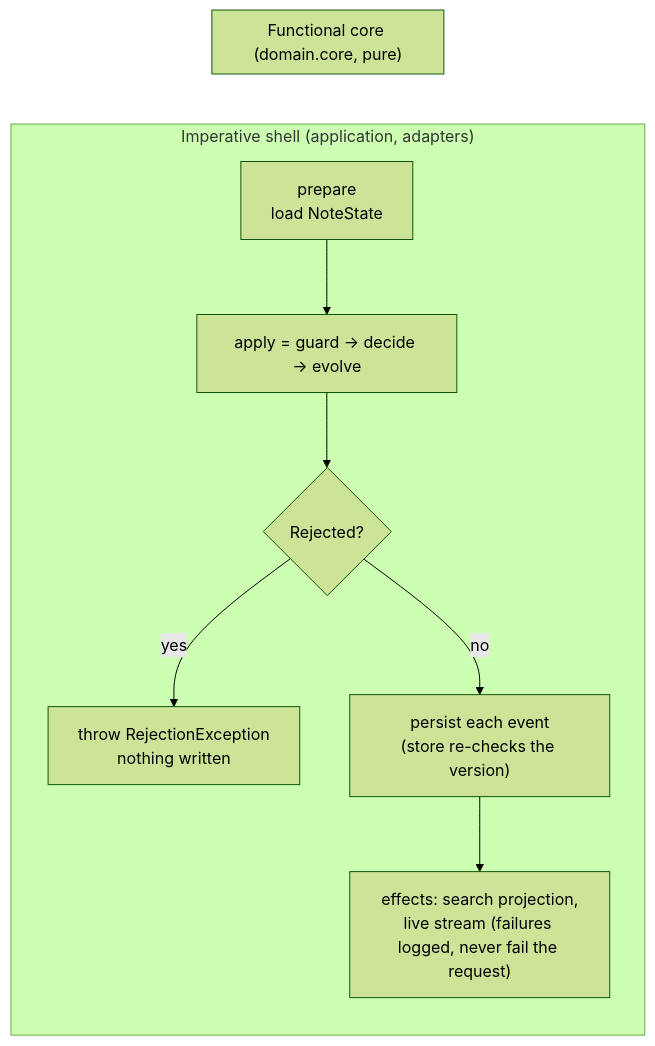
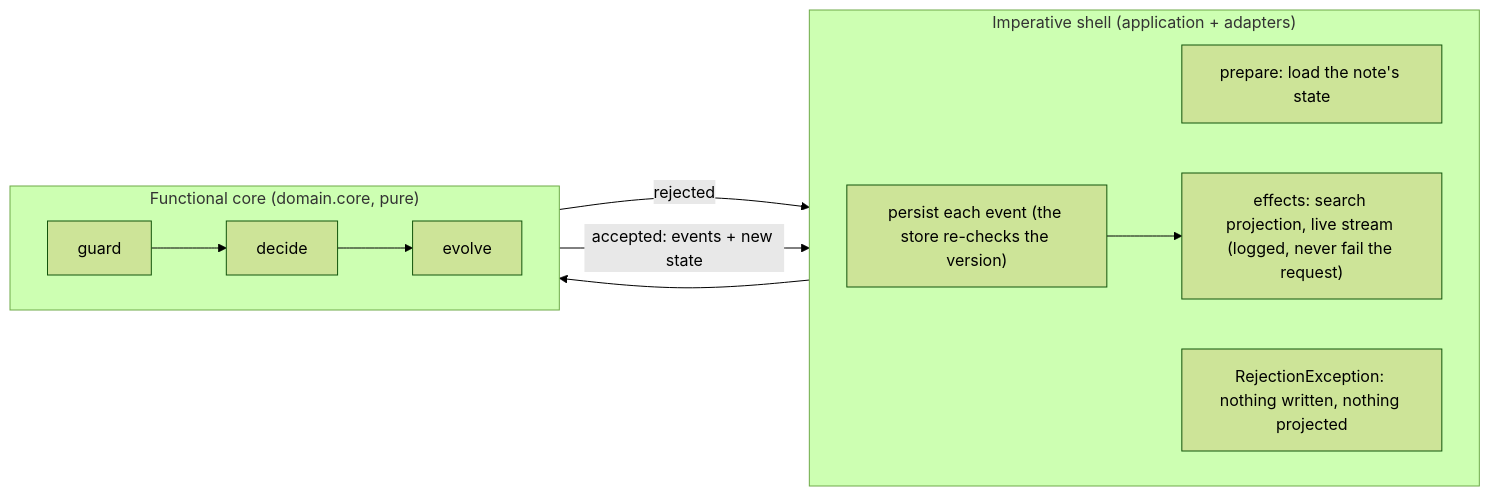
The diagram in README.md (jeff-romine/team-notes-service), drawn with Mermaid (forest theme) before and after one commit. The commit also changed other lines of this file and 1 other file, not shown here.

Commit message:
docs: narrated API demo script and a corrected core/shell diagram
bin/demo.sh walks the API in thirteen steps, printing each request, status and response, starting
the built jar when nothing answers. The README's functional-core diagram now draws the shell calling
into the core instead of the core enclosing the shell.

````diff
--- a/README.md
+++ b/README.md
@@ -64,13 +66,17 @@
 ```mermaid
 flowchart LR
-  subgraph shell["Imperative shell (application, adapters)"]
-    P["prepare<br/>load NoteState"] --> A
-    A --> R{Rejected?}
-    R -- yes --> X["throw RejectionException<br/>nothing written"]
-    R -- no --> W["persist each event<br/>(store re-checks the version)"]
-    W --> E["effects: search projection,<br/>live stream (failures logged, never fail the request)"]
+  subgraph shell["Imperative shell (application + adapters)"]
+    direction LR
+    P["prepare: load the note's state"]
+    X["RejectionException: nothing written, nothing projected"]
+    W["persist each event (the store re-checks the version)"]
+    E["effects: search projection, live stream (logged, never fail the request)"]
   end
   subgraph core["Functional core (domain.core, pure)"]
-    A["apply = guard → decide → evolve"]
+    direction LR
+    G["guard"] --> D["decide"] --> V["evolve"]
   end
+  P --> G
+  G -- "rejected" --> X
+  V -- "accepted: events + new state" --> W --> E
 ```
````
